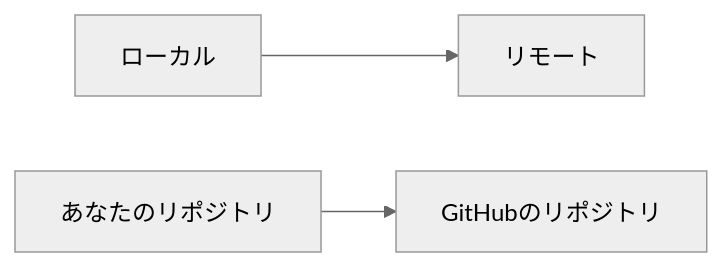
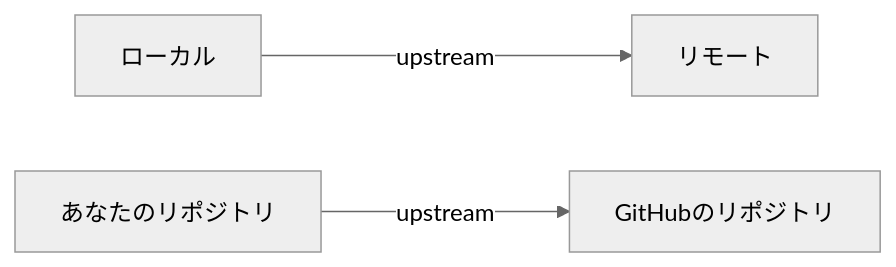
One commit to yabuki/friendly-potato changed the first of 4 diagrams in articles/2021-07-15-how-do-i-manage-git-branches.md. Above: the diagram before and after it, drawn with Mermaid (neutral theme). The commit also changed other lines of this file, not shown here.

Commit message:
概念図

````diff
--- a/articles/2021-07-15-how-do-i-manage-git-branches.md
+++ b/articles/2021-07-15-how-do-i-manage-git-branches.md
@@ -44,5 +49,5 @@
 ```mermaid
 graph LR
-    ローカル --> リモート
-    あなたのリポジトリ --> GitHubのリポジトリ
+    ローカル -- upstream ---> リモート
+    あなたのリポジトリ -- upstream ---> GitHubのリポジトリ
 ```
````
